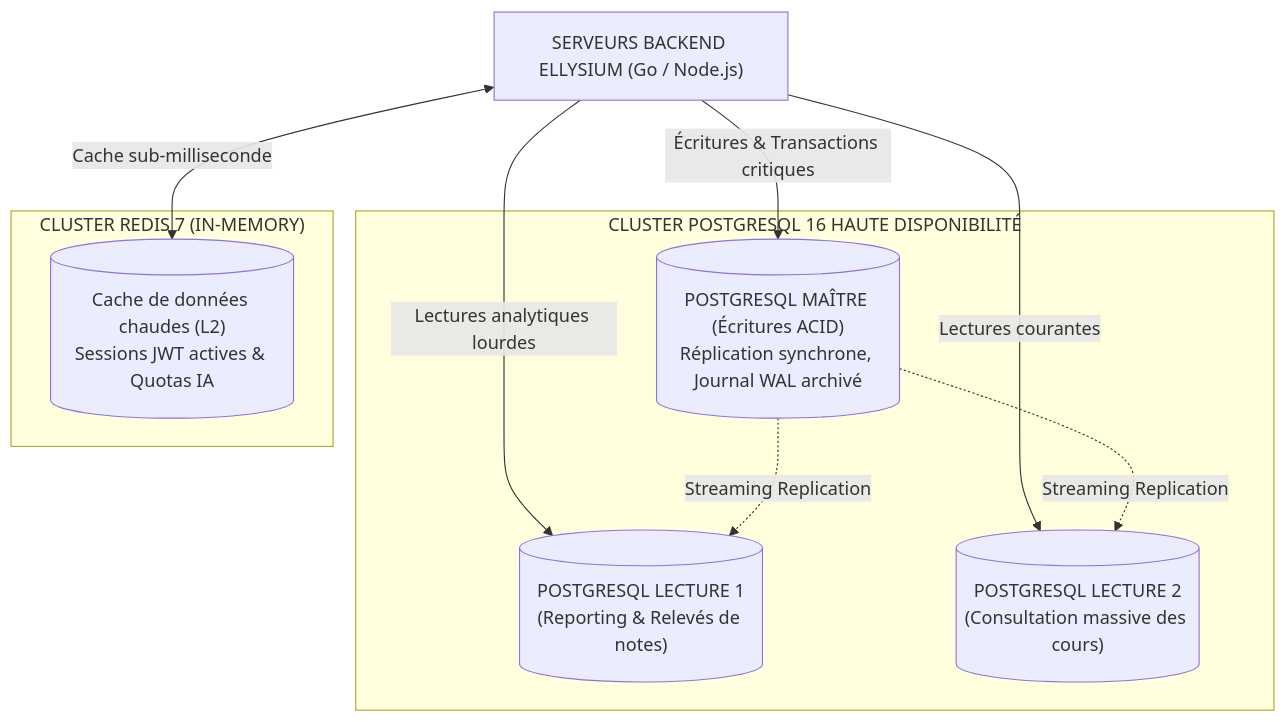
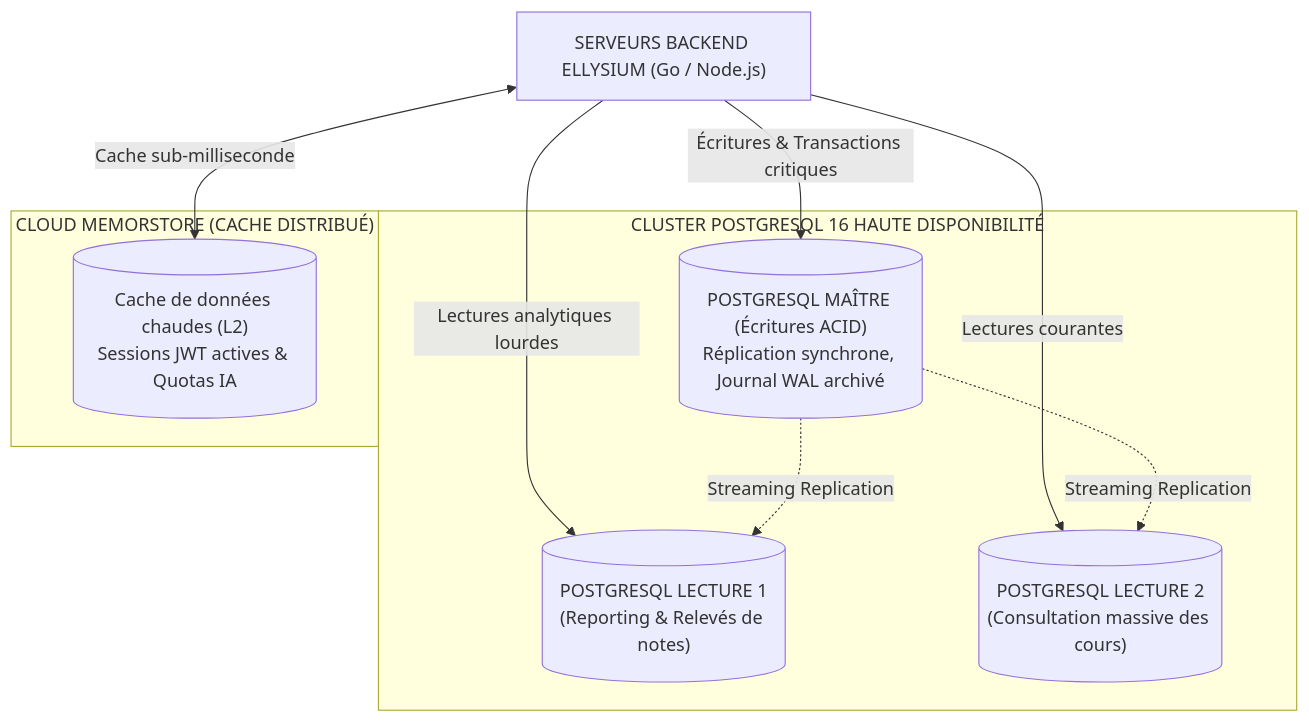
One commit to Adolphechris/clenel-elysium changed the diagram in tome-7/114/README.md. Above: the diagram before and after it, drawn with Mermaid. The commit also changed other lines of this file and 39 other files, not shown here.

````diff
--- a/tome-7/114/README.md
+++ b/tome-7/114/README.md
@@ -20,22 +20,22 @@
 ```mermaid
 graph TD
     APP_SERVERS["SERVEURS BACKEND ELLYSIUM (Go / Node.js)"]
     
     subgraph PG_CLUSTER["CLUSTER POSTGRESQL 16 HAUTE DISPONIBILITÉ"]
         PG_PRIMARY[("POSTGRESQL MAÎTRE (Écritures ACID)\nRéplication synchrone, Journal WAL archivé")]
         PG_REPLICA_1[("POSTGRESQL LECTURE 1\n(Reporting & Relevés de notes)")]
         PG_REPLICA_2[("POSTGRESQL LECTURE 2\n(Consultation massive des cours)")]
     end
     
-    subgraph REDIS_CLUSTER["CLUSTER REDIS 7 (IN-MEMORY)"]
+    subgraph MEMSTORE_CLUSTER["CLOUD MEMORSTORE (CACHE DISTRIBUÉ)"]
         REDIS_CACHE[("Cache de données chaudes (L2)\nSessions JWT actives & Quotas IA")]
     end
 
     APP_SERVERS -->|Écritures & Transactions critiques| PG_PRIMARY
     APP_SERVERS -->|Lectures analytiques lourdes| PG_REPLICA_1
     APP_SERVERS -->|Lectures courantes| PG_REPLICA_2
     APP_SERVERS <-->|Cache sub-milliseconde| REDIS_CACHE
     
     PG_PRIMARY -.->|Streaming Replication| PG_REPLICA_1
     PG_PRIMARY -.->|Streaming Replication| PG_REPLICA_2
 ```
````
